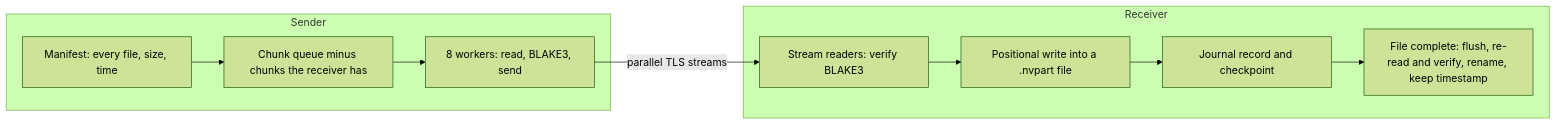
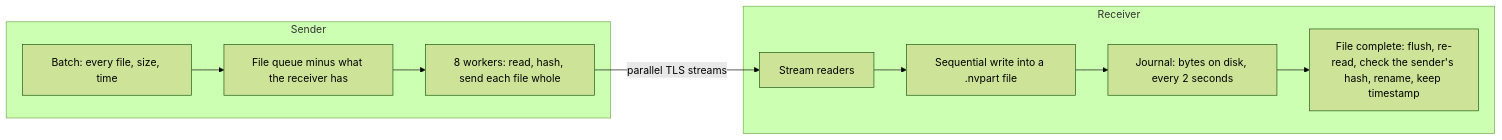
Before and after one commit to vishalpa8/Nearvolt: the third of 3 diagrams in docs/architecture.md, drawn with Mermaid (forest theme). The commit also changed other lines of this file and 45 other files, not shown here.

````diff
--- a/docs/architecture.md
+++ b/docs/architecture.md
@@ -97,13 +105,13 @@
 ```mermaid
 flowchart LR
     subgraph Sender
-        M["Manifest: every file, size, time"] --> Q["Chunk queue minus chunks the receiver has"]
-        Q --> W["8 workers: read, BLAKE3, send"]
+        M["Batch: every file, size, time"] --> Q["File queue minus what the receiver has"]
+        Q --> W["8 workers: read, hash, send each file whole"]
     end
     W -->|"parallel TLS streams"| R
     subgraph Receiver
-        R["Stream readers: verify BLAKE3"] --> D["Positional write into a .nvpart file"]
-        D --> J["Journal record and checkpoint"]
-        J --> F["File complete: flush, re-read and verify, rename, keep timestamp"]
+        R["Stream readers"] --> D["Sequential write into a .nvpart file"]
+        D --> J["Journal: bytes on disk, every 2 seconds"]
+        J --> F["File complete: flush, re-read, check the sender's hash, rename, keep timestamp"]
     end
 ```
````
